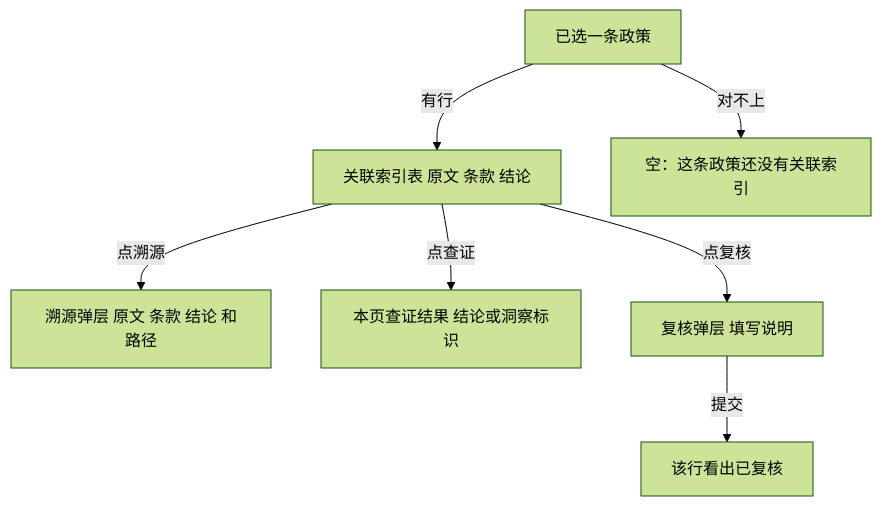
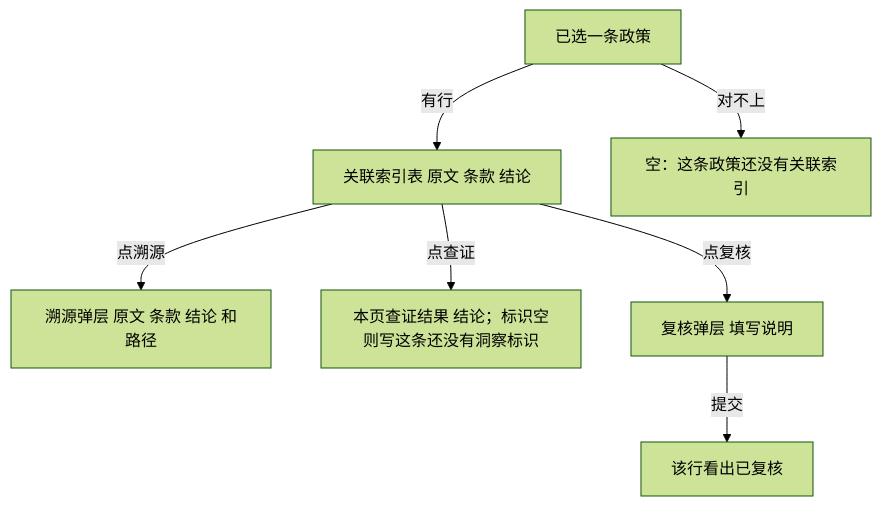
One commit to Marisolebxf/- changed the diagram in agent-delivery/agent-handoffs/科技政策跟踪-POL/sdd/l2/会签/604-LINEAGE-FDE-线框.md. Above: the diagram before and after it, drawn with Mermaid (forest theme). The commit also changed other lines of this file and 2 other files, not shown here.

````diff
--- a/agent-delivery/agent-handoffs/科技政策跟踪-POL/sdd/l2/会签/604-LINEAGE-FDE-线框.md
+++ b/agent-delivery/agent-handoffs/科技政策跟踪-POL/sdd/l2/会签/604-LINEAGE-FDE-线框.md
@@ -42,16 +44,16 @@
 ```mermaid
 flowchart TB
   P[已选一条政策]
   T[关联索引表 原文 条款 结论]
   E[空：这条政策还没有关联索引]
   S[溯源弹层 原文 条款 结论 和路径]
-  C[本页查证结果 结论或洞察标识]
+  C[本页查证结果 结论；标识空则写这条还没有洞察标识]
   R[复核弹层 填写说明]
   D[该行看出已复核]
   P -->|有行| T
   P -->|对不上| E
   T -->|点溯源| S
   T -->|点查证| C
   T -->|点复核| R
   R -->|提交| D
 ```
````
